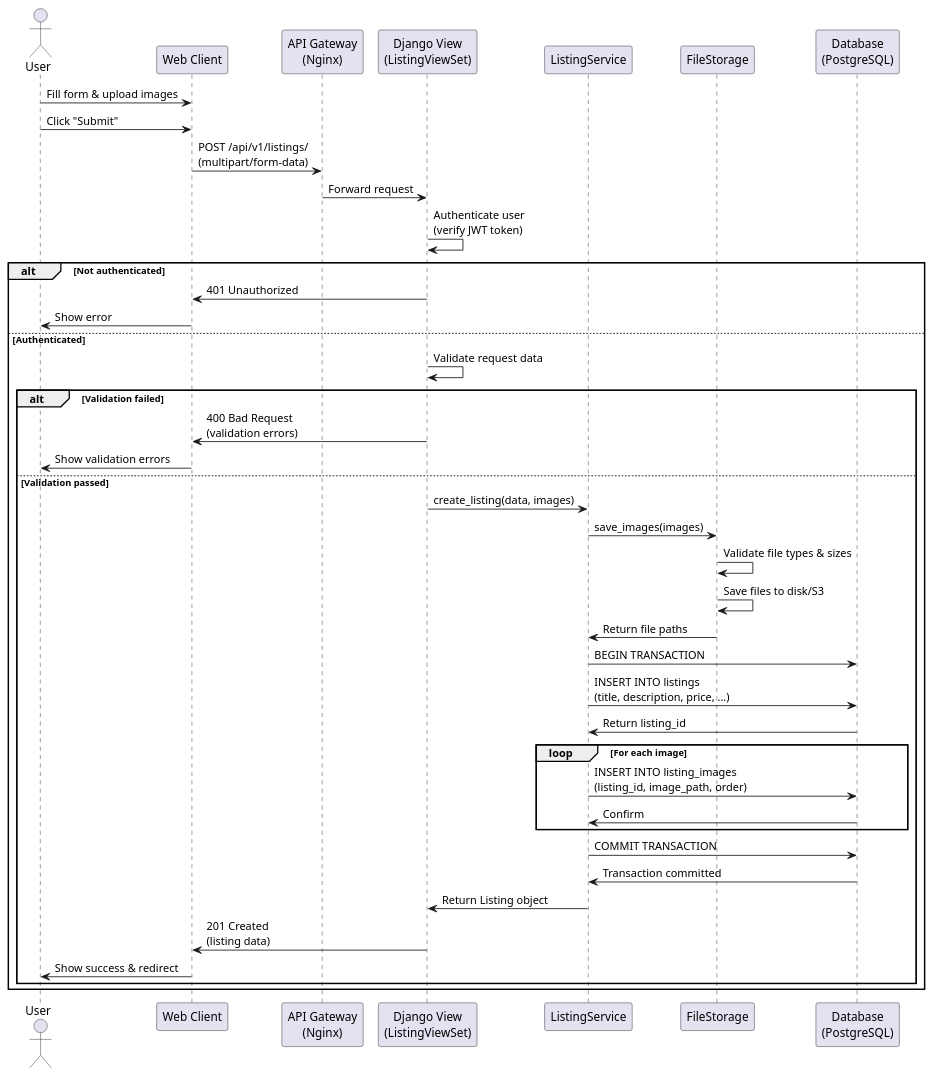
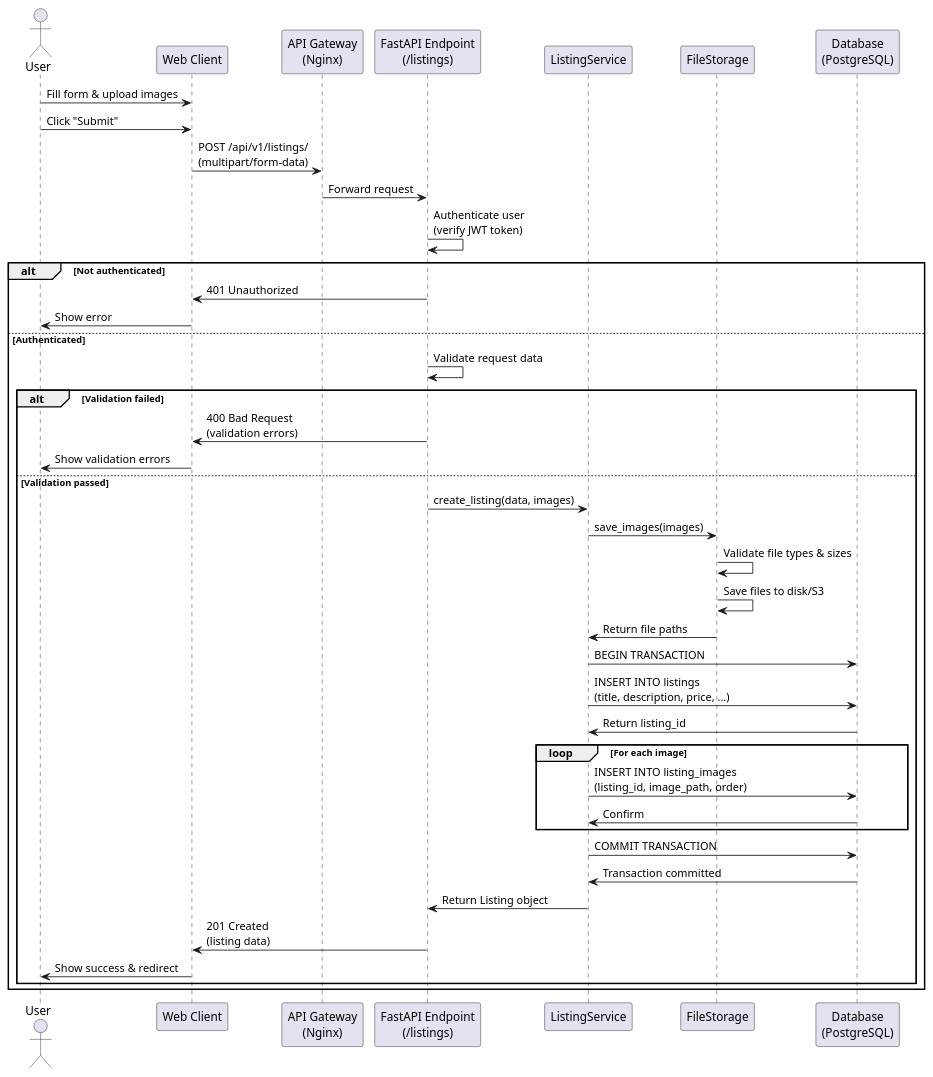
The diagram in docs/05-uml/sequence-create-listing.puml (codebypython/PBL5), drawn with PlantUML before and after one commit. The commit also changed 17 other files, not shown here.

```diff
--- a/docs/05-uml/sequence-create-listing.puml
+++ b/docs/05-uml/sequence-create-listing.puml
@@ -1,57 +1,57 @@
 @startuml Sequence Diagram - Create Listing (UC04)
 
 actor User as user
 participant "Web Client" as client
 participant "API Gateway\n(Nginx)" as nginx
-participant "Django View\n(ListingViewSet)" as view
+participant "FastAPI Endpoint\n(/listings)" as view
 participant "ListingService" as service
 participant "FileStorage" as storage
 participant "Database\n(PostgreSQL)" as db
 
 user -> client: Fill form & upload images
 user -> client: Click "Submit"
 
 client -> nginx: POST /api/v1/listings/\n(multipart/form-data)
 
 nginx -> view: Forward request
 
 view -> view: Authenticate user\n(verify JWT token)
 
 alt Not authenticated
   view -> client: 401 Unauthorized
   client -> user: Show error
 else Authenticated
   view -> view: Validate request data
   
   alt Validation failed
     view -> client: 400 Bad Request\n(validation errors)
     client -> user: Show validation errors
   else Validation passed
     view -> service: create_listing(data, images)
     
     service -> storage: save_images(images)
     storage -> storage: Validate file types & sizes
     storage -> storage: Save files to disk/S3
     storage -> service: Return file paths
     
     service -> db: BEGIN TRANSACTION
     
     service -> db: INSERT INTO listings\n(title, description, price, ...)
     db -> service: Return listing_id
     
     loop For each image
       service -> db: INSERT INTO listing_images\n(listing_id, image_path, order)
       db -> service: Confirm
     end
     
     service -> db: COMMIT TRANSACTION
     db -> service: Transaction committed
     
     service -> view: Return Listing object
     
     view -> client: 201 Created\n(listing data)
     client -> user: Show success & redirect
   end
 end
 
 @enduml
```
